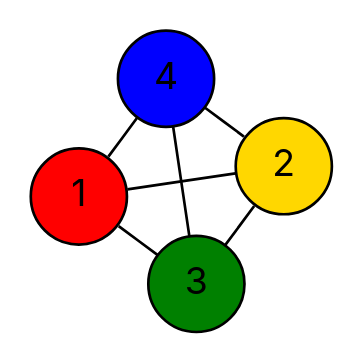
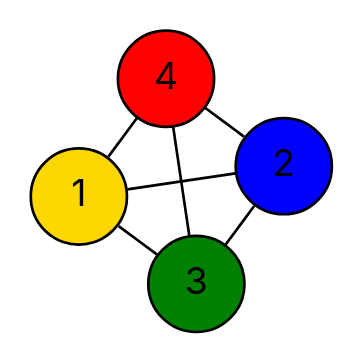
One commit to vercah/vertex-coloring changed the diagram in data/final-dots/easy-04-parallel.dot. Above: the diagram before and after it, drawn with Graphviz. The commit also changed 144 other files, not shown here.

```diff
--- a/data/final-dots/easy-04-parallel.dot
+++ b/data/final-dots/easy-04-parallel.dot
@@ -1,16 +1,16 @@
 graph G {
   layout=neato;
   overlap=false;
   splines=true;
   node [shape=circle, style=filled, fontname=Inter];
-  1 [label="1", fillcolor="red", tooltip="v1 color 0"];
-  2 [label="2", fillcolor="gold", tooltip="v2 color 3"];
+  1 [label="1", fillcolor="gold", tooltip="v1 color 3"];
+  2 [label="2", fillcolor="blue", tooltip="v2 color 2"];
   3 [label="3", fillcolor="green", tooltip="v3 color 1"];
-  4 [label="4", fillcolor="blue", tooltip="v4 color 2"];
+  4 [label="4", fillcolor="red", tooltip="v4 color 0"];
   1 -- 2;
   1 -- 3;
   1 -- 4;
   2 -- 3;
   2 -- 4;
   3 -- 4;
 }
```
